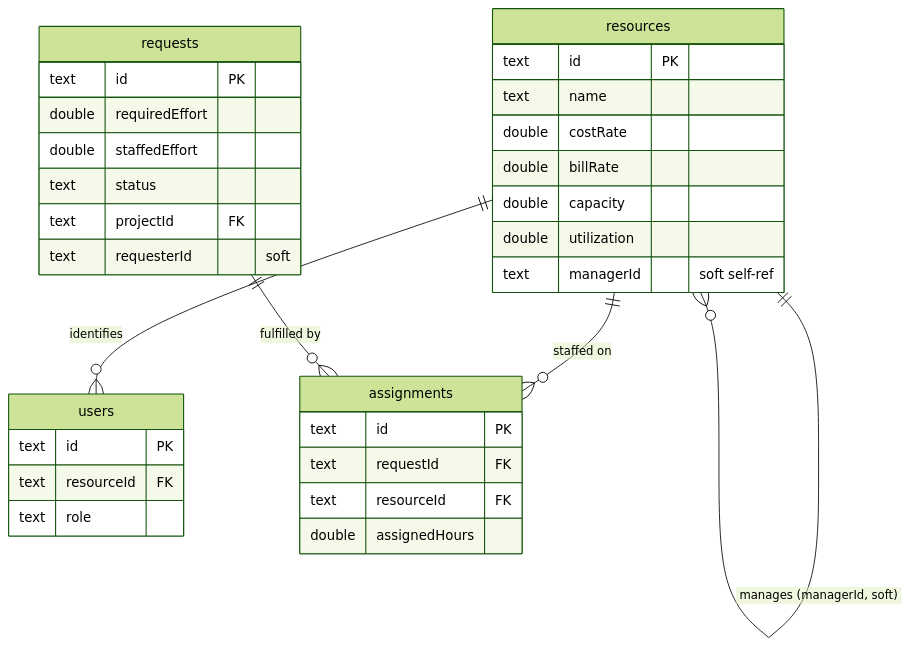
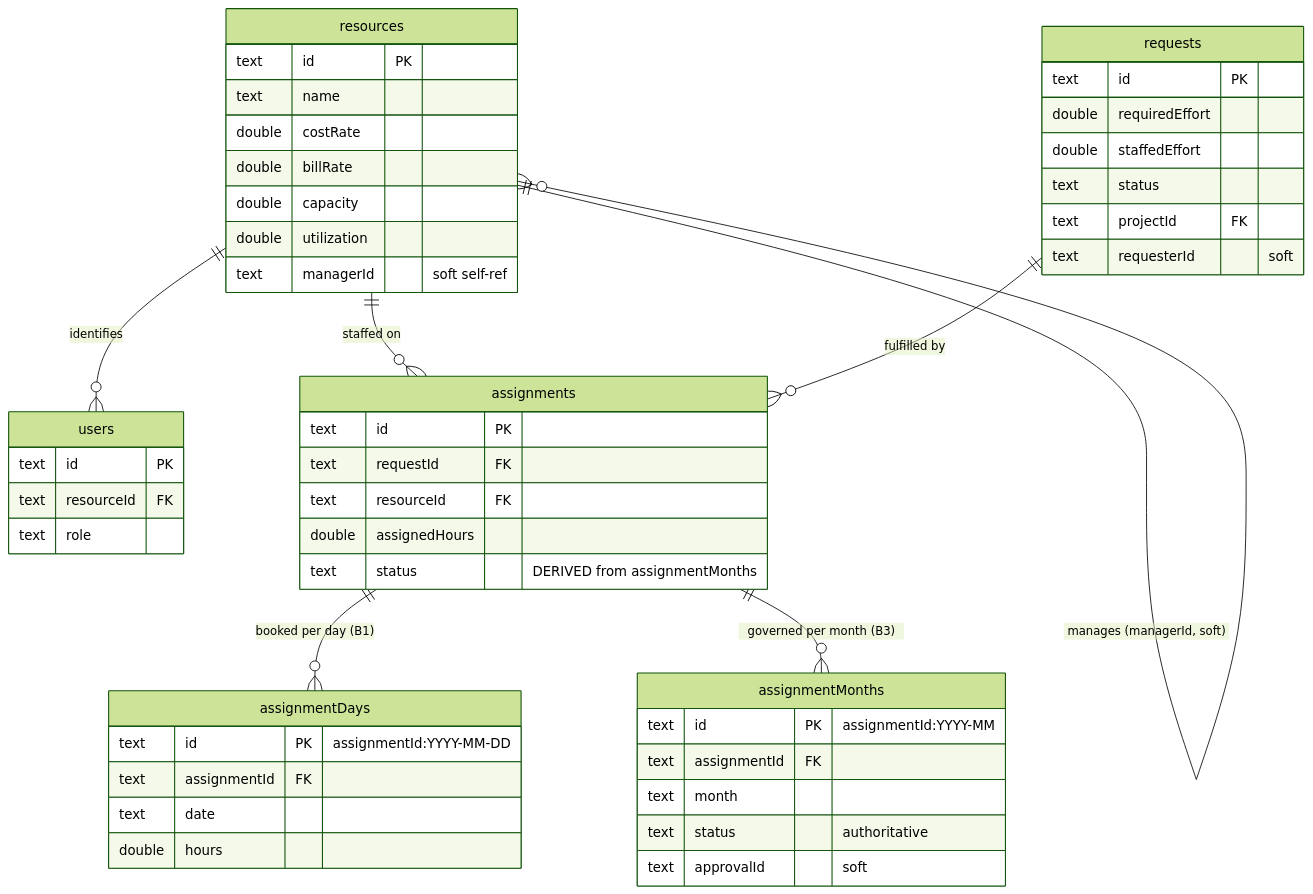
The first of 4 diagrams in docs/architecture/03-backend-and-data.md (Raistlin82/project-resource-mgmt), drawn with Mermaid (forest theme) before and after one commit. The commit also changed other lines of this file and 8 other files, not shown here.

````diff
--- a/docs/architecture/03-backend-and-data.md
+++ b/docs/architecture/03-backend-and-data.md
@@ -288,36 +288,52 @@
 ```mermaid
 erDiagram
-    resources ||--o{ users : "identifies"
-    resources ||--o{ assignments : "staffed on"
-    requests  ||--o{ assignments : "fulfilled by"
-    resources ||--o{ resources : "manages (managerId, soft)"
+    resources   ||--o{ users : "identifies"
+    resources   ||--o{ assignments : "staffed on"
+    requests    ||--o{ assignments : "fulfilled by"
+    resources   ||--o{ resources : "manages (managerId, soft)"
+    assignments ||--o{ assignmentDays : "booked per day (B1)"
+    assignments ||--o{ assignmentMonths : "governed per month (B3)"
 
     resources {
         text id PK
         text name
         double costRate
         double billRate
         double capacity
         double utilization
         text managerId "soft self-ref"
     }
     users {
         text id PK
         text resourceId FK
         text role
     }
     requests {
         text id PK
         double requiredEffort
         double staffedEffort
         text status
         text projectId FK
         text requesterId "soft"
     }
     assignments {
         text id PK
         text requestId FK
         text resourceId FK
         double assignedHours
+        text status "DERIVED from assignmentMonths"
+    }
+    assignmentDays {
+        text id PK "assignmentId:YYYY-MM-DD"
+        text assignmentId FK
+        text date
+        double hours
+    }
+    assignmentMonths {
+        text id PK "assignmentId:YYYY-MM"
+        text assignmentId FK
+        text month
+        text status "authoritative"
+        text approvalId "soft"
     }
 ```
````
